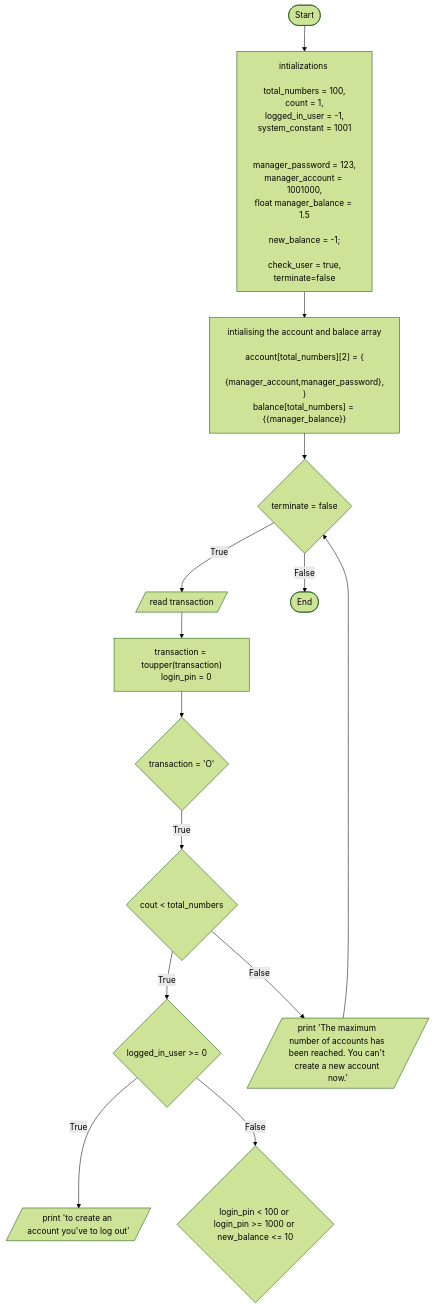
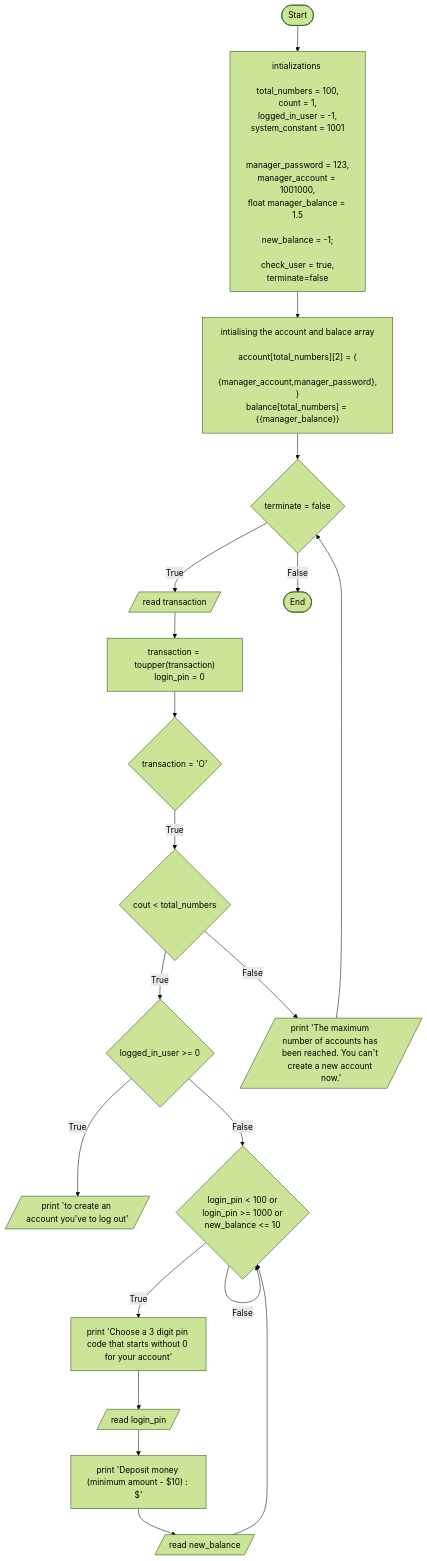
The diagram in FoP I/flowchart.md (Ludis-ET/Bank-Account), drawn with Mermaid (forest theme) before and after one commit.

Commit message:
editing the j's

````diff
--- a/FoP I/flowchart.md
+++ b/FoP I/flowchart.md
@@ -1,64 +1,78 @@
 ```mermaid
     flowchart TD;
     A([Start])-->B["
     intializations 
 
     total_numbers = 100,
     count = 1,
     logged_in_user = -1,
     system_constant = 1001
 
 
     manager_password = 123,
     manager_account = 1001000,
     float manager_balance = 1.5
     
     new_balance = -1;
 
     check_user = true,
     terminate=false
     
     "];
 
 
     B-->C["
     
     intialising the account and balace array
 
     account[total_numbers][2] = {
         {manager_account,manager_password},
     }
     balance[total_numbers] = {{manager_balance}}
 
     "];
 
 
     C-->D{terminate = false}
 
     D -->|True| E[/read transaction/]
 
     D -->|False| E1([End]);
 
     E -->F["
         transaction = toupper(transaction)
         login_pin = 0
     "]
 
     F --> G{transaction = 'O'}
 
     G --> |True| H{cout < total_numbers}
 
     H --> |True| I{logged_in_user >= 0}
 
-    I --> |True| J[/print 'to create an account you've to log out'/]
-
-    I --> |False| J1{login_pin < 100 or login_pin >= 1000 or new_balance <= 10}
-
     H --> |False| I1[/ print 'The maximum number of accounts has been reached. You can't create a new account now.' /]
 
     I1 --> D
+
+    I --> |True| J[/print 'to create an account you've to log out'/]
+
+    I --> |False| J1{login_pin < 100 or
+     login_pin >= 1000 or
+      new_balance <= 10}
+
+    J1 --> |True| J2["print 'Choose a 3 digit pin code that starts without 0 for your account' "]
+
+    J1 --> |False| J1
+
+    J2 --> J3[/read login_pin/]
+
+    J3 --> J4["print 'Deposit money (minimum amount - $10) : $' "]
+
+    J4 --> J5[/read new_balance/]
+
+    J5 --> J1
 
 
 
     
 ```
````
